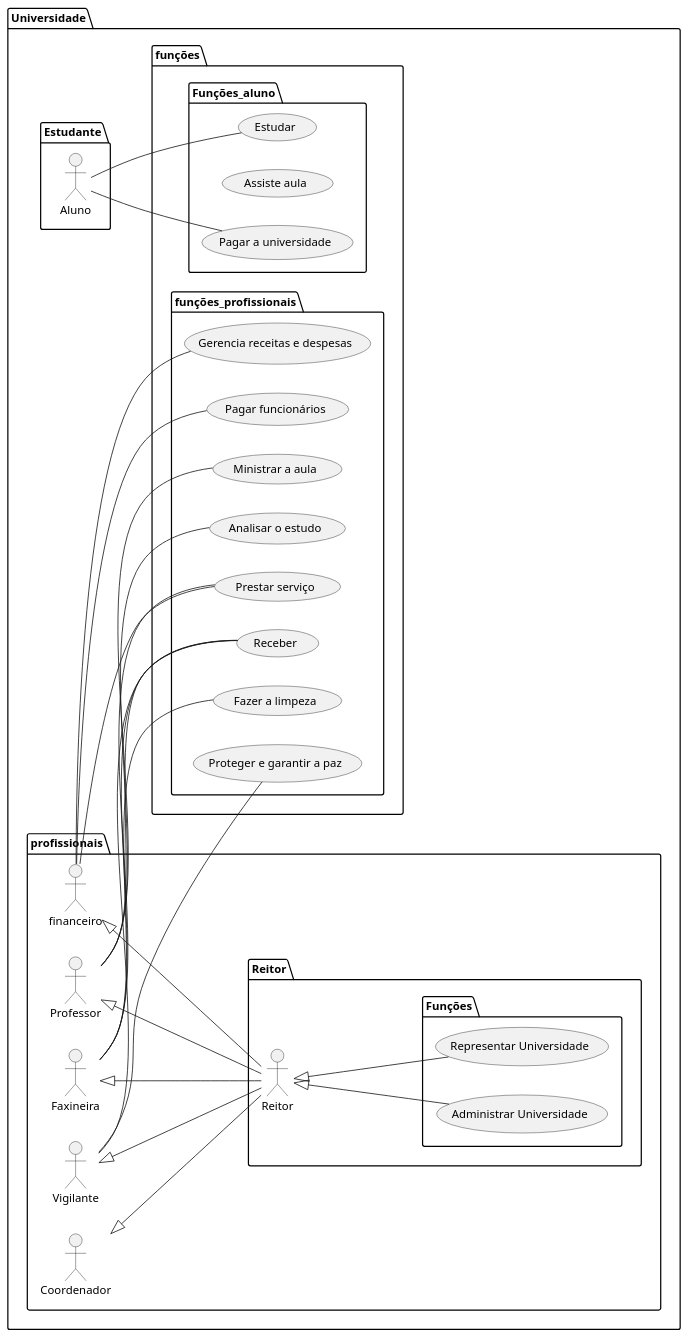
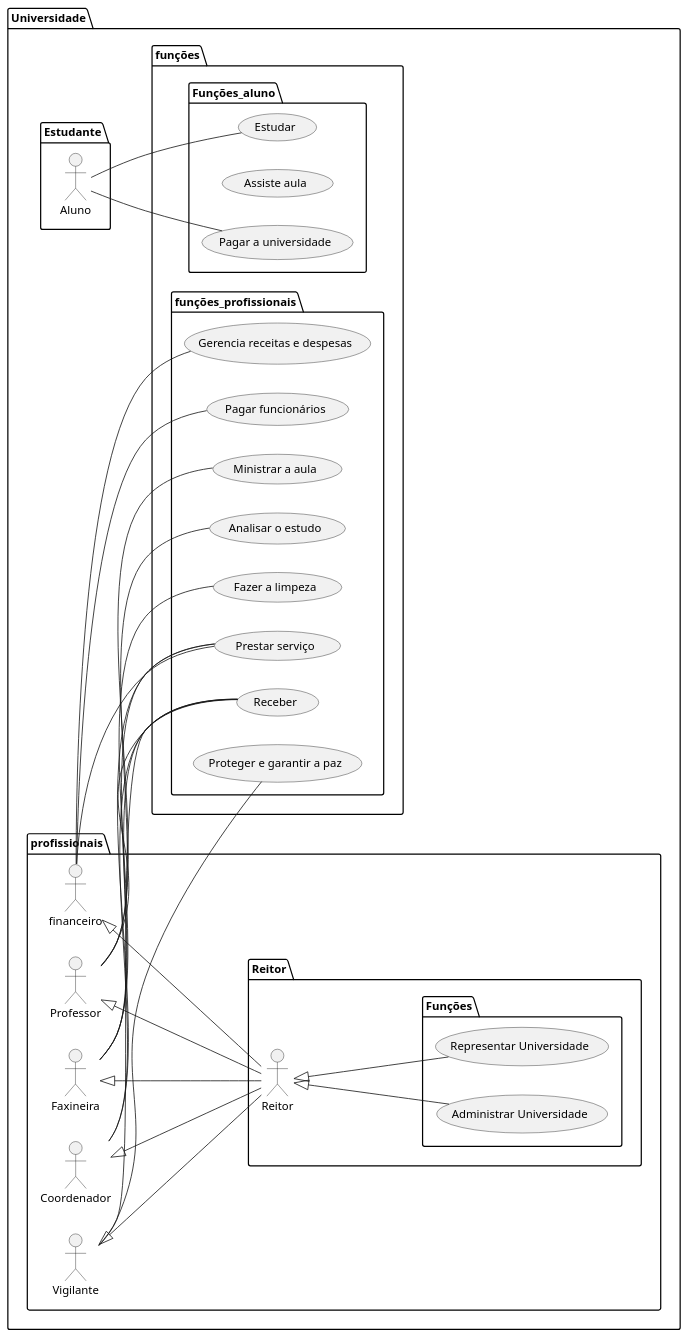
The diagram in Universidade2.puml (HenriquePaini/Engenharia-I-2023), drawn with PlantUML before and after one commit. The commit also changed other lines of this file, not shown here.

```diff
--- a/Universidade2.puml
+++ b/Universidade2.puml
@@ -1,68 +1,69 @@
 @startuml
 /'Aluno: Henrique Paini/'
 /'Caso de uso do sistema 
 de Universidade
 '/
 
 
 
 package Universidade{
   package Estudante{
   left to right direction
 actor Aluno as c
   }
 package profissionais{
   actor Professor as P
   actor Faxineira as F
   actor financeiro as A
   actor Vigilante as S
   actor Coordenador as sa
   package Reitor{
   actor Reitor as ch
   package Funções{ 
   usecase "Representar Universidade" as FR
   usecase "Administrar Universidade" as AD
   }
   }
   
 }
 package funções {
   package Funções_aluno{
 usecase "Estudar" as UC3  
 usecase "Assiste aula" as UC1
 usecase "Pagar a universidade" as UC2
   }
   package funções_profissionais{
   usecase "Ministrar a aula" as UC5
   usecase "Analisar o estudo" as UC4
   usecase "Proteger e garantir a paz" as UC6
   usecase "Fazer a limpeza" as UC7
   usecase "Gerencia receitas e despesas" as UC8
   usecase "Receber" as UC9
   usecase "Pagar funcionários" as UC10
   usecase "Prestar serviço" as UC11
   }
   
 }
  P -- UC5 
  P -- UC4
  P -- UC9
  F -- UC7
  F -- UC11
  F -- UC9
  A -- UC10
  A -- UC11
  A -- UC8
  S -- UC6
  S -- UC9
  c -- UC3
  c -- UC2
  P <|-- ch
  F <|-- ch
  A <|-- ch
  S <|-- ch
  sa <|-- ch 
  ch <|-- FR
  ch <|-- AD
-
+ sa -- UC11
+ sa -- UC9
 @enduml
```
